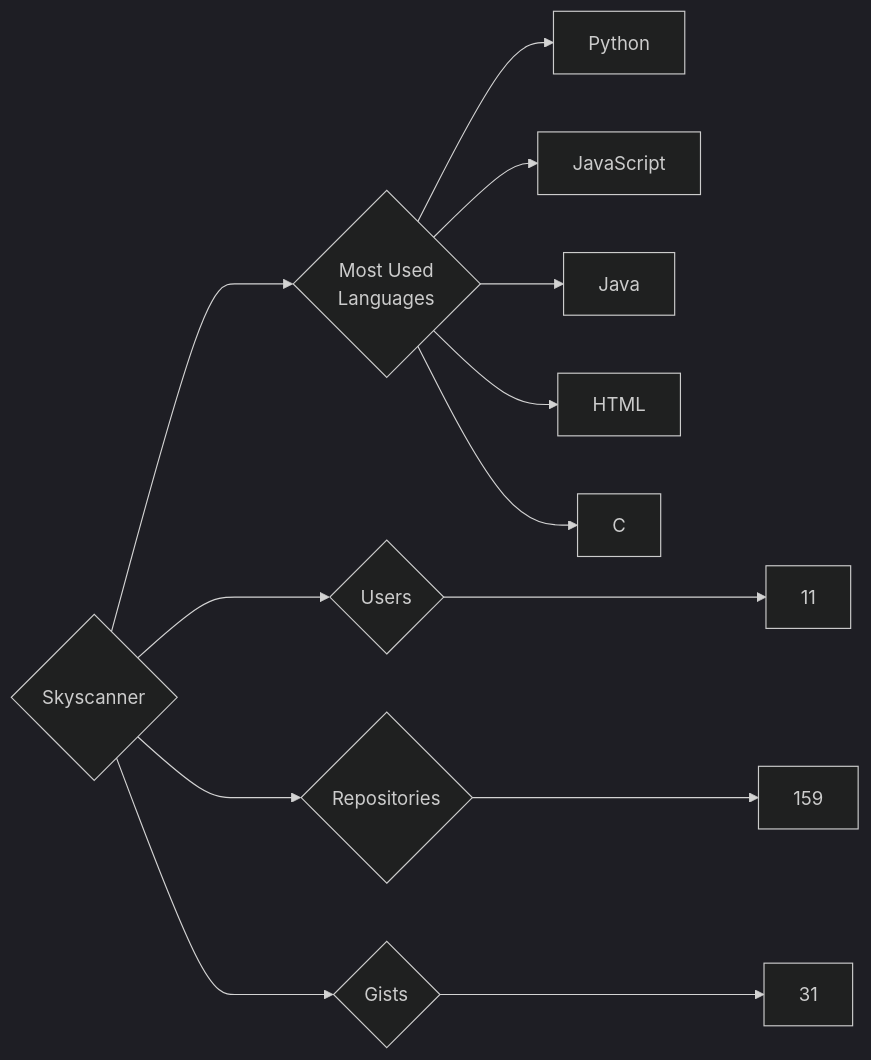
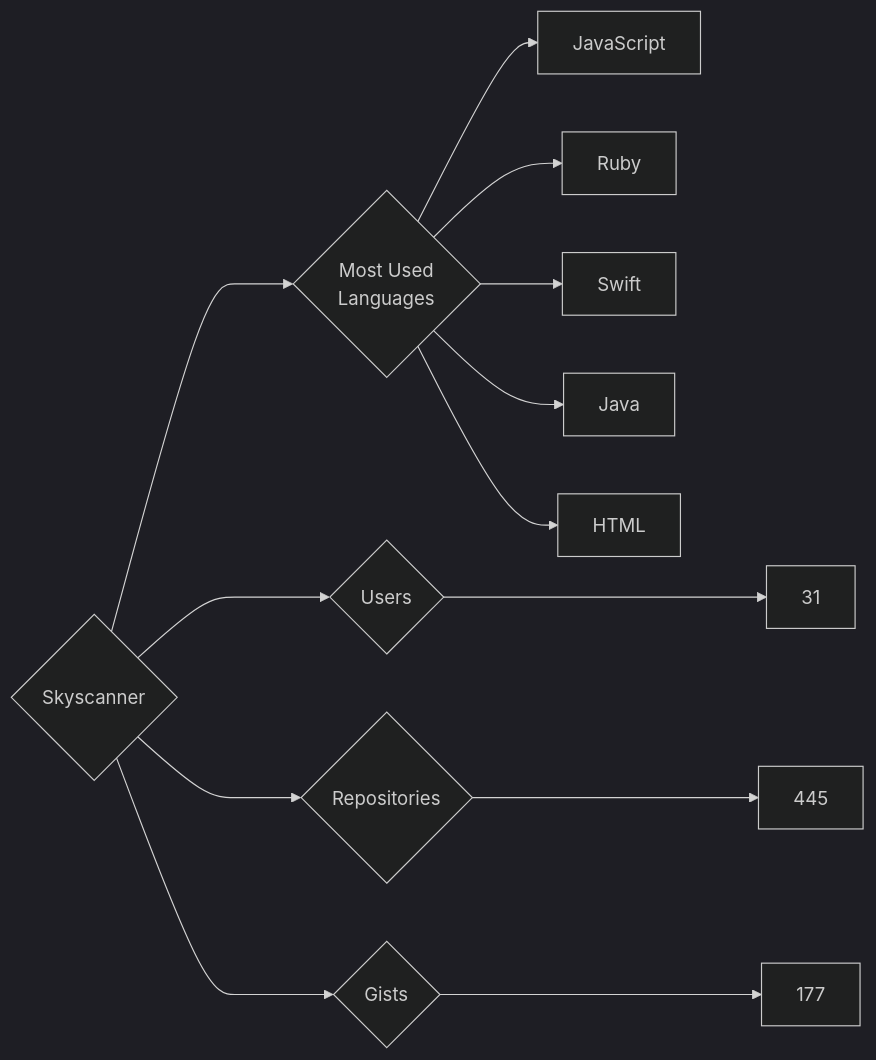
Before and after one commit to trickest/insiders: the diagram in targets/Skyscanner/README.md, drawn with Mermaid (dark theme). The commit also changed 964 other files, not shown here.

````diff
--- a/targets/Skyscanner/README.md
+++ b/targets/Skyscanner/README.md
@@ -3,13 +3,13 @@
 ```mermaid
 graph LR
 COMPANY_NAME{Skyscanner}
-COMPANY_NAME ---> U{Users} ---> UN[11]
-COMPANY_NAME ---> R{Repositories} ---> RN[159]
-COMPANY_NAME ---> G{Gists} ---> GN[31]
+COMPANY_NAME ---> U{Users} ---> UN[31]
+COMPANY_NAME ---> R{Repositories} ---> RN[445]
+COMPANY_NAME ---> G{Gists} ---> GN[177]
 COMPANY_NAME ---> ML{Most Used<br>Languages}
-ML --> Python[Python]
 ML --> JavaScript[JavaScript]
+ML --> Ruby[Ruby]
+ML --> Swift[Swift]
 ML --> Java[Java]
 ML --> HTML[HTML]
-ML --> C[C]
 ```
````
